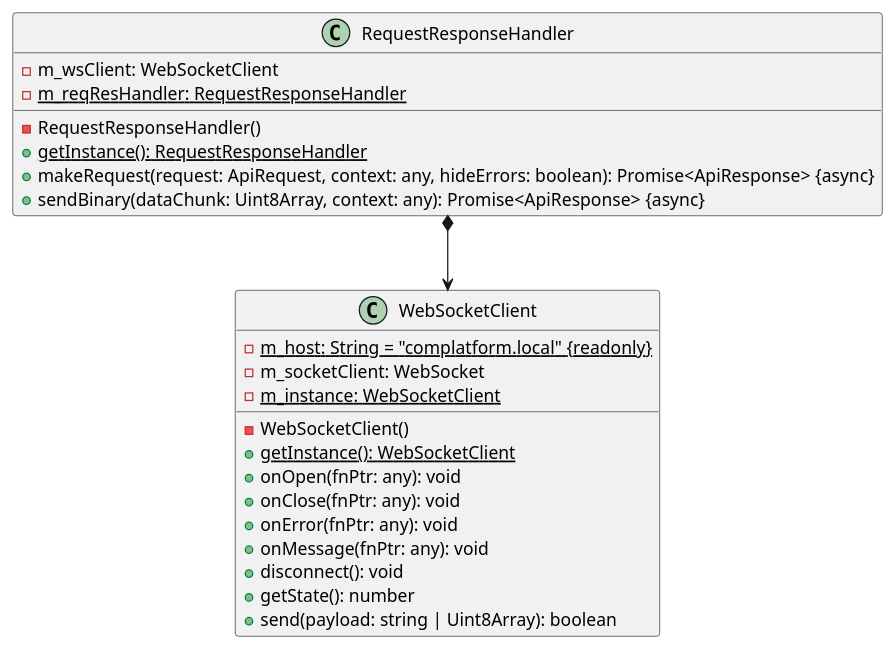
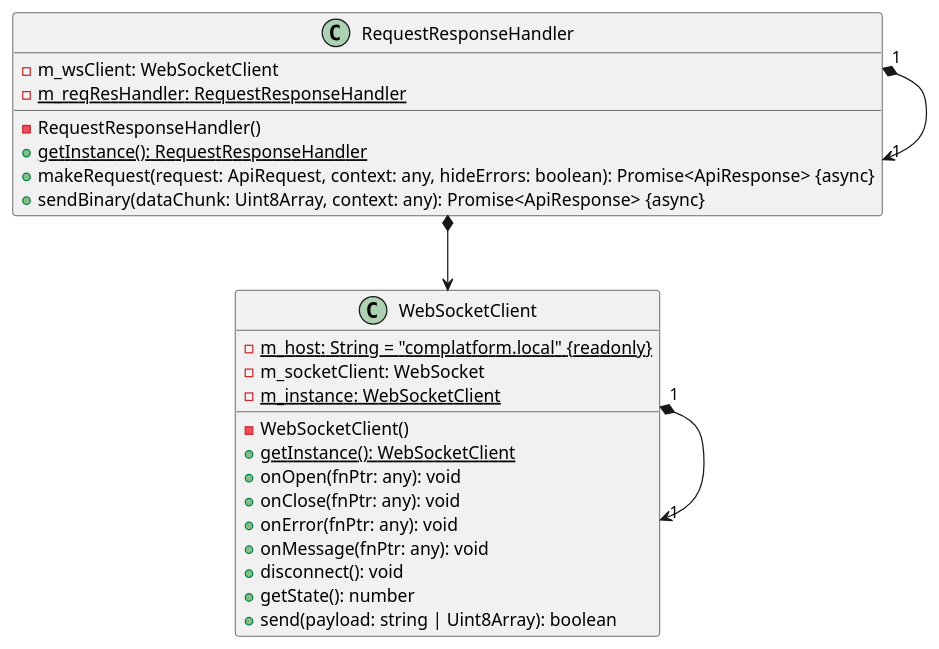
One commit to NewTec-GmbH/ZumoComSystem changed the diagram in doc/design/client/ClassDiagrams/API.plantuml. Above: the diagram before and after it, drawn with PlantUML. The commit also changed 10 other files, not shown here.

Commit message:
refactor(doc): Update documentation diagrams

```diff
--- a/doc/design/client/ClassDiagrams/API.plantuml
+++ b/doc/design/client/ClassDiagrams/API.plantuml
@@ -1,28 +1,30 @@
 @startuml
 class WebSocketClient
 {
     - {static} m_host: String = "complatform.local" {readonly}
     - m_socketClient: WebSocket
     - {static} m_instance: WebSocketClient
     - WebSocketClient()
     + {static} getInstance(): WebSocketClient
     + onOpen(fnPtr: any): void
     + onClose(fnPtr: any): void
     + onError(fnPtr: any): void
     + onMessage(fnPtr: any): void
     + disconnect(): void
     + getState(): number
     + send(payload: string | Uint8Array): boolean
 }
+WebSocketClient "1" *--> "1" WebSocketClient
 
 class RequestResponseHandler
 {
     - m_wsClient: WebSocketClient
     - {static} m_reqResHandler: RequestResponseHandler
     - RequestResponseHandler()
     + {static} getInstance(): RequestResponseHandler
     + makeRequest(request: ApiRequest, context: any, hideErrors: boolean): Promise<ApiResponse> {async}
     + sendBinary(dataChunk: Uint8Array, context: any): Promise<ApiResponse> {async}
 }
 RequestResponseHandler *--> WebSocketClient
+RequestResponseHandler "1" *--> "1" RequestResponseHandler
 @enduml
```
